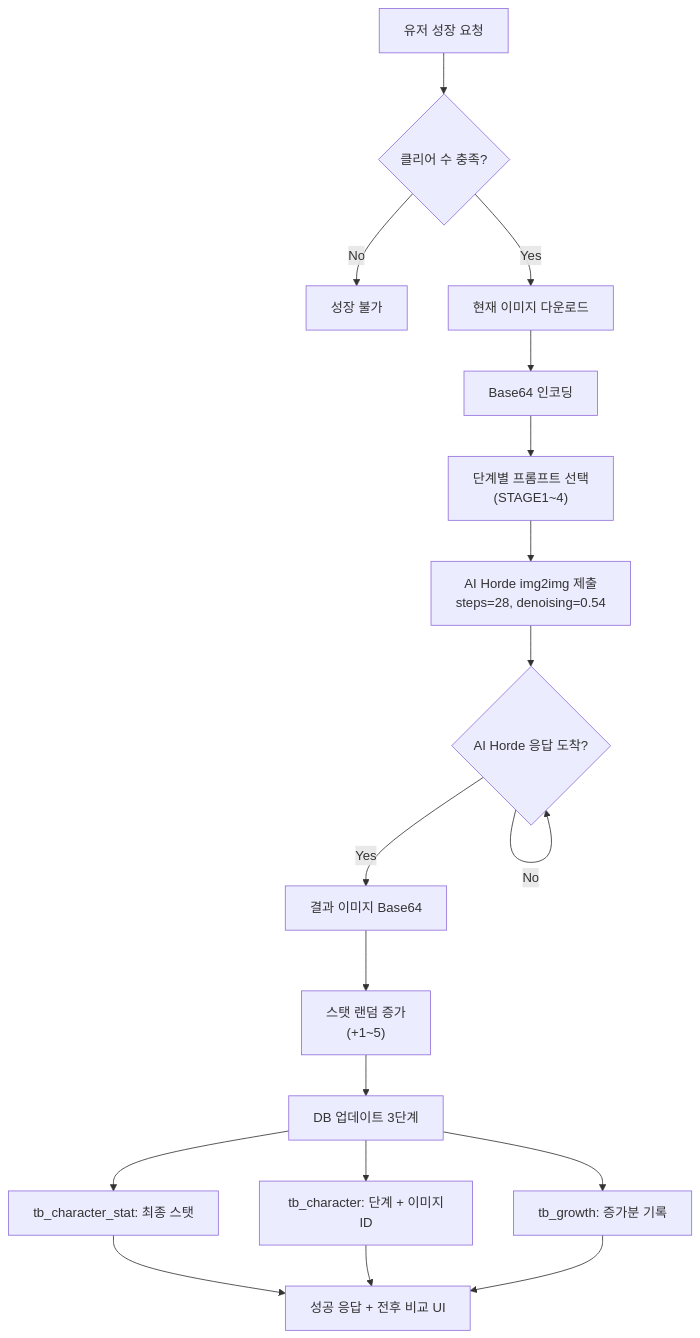
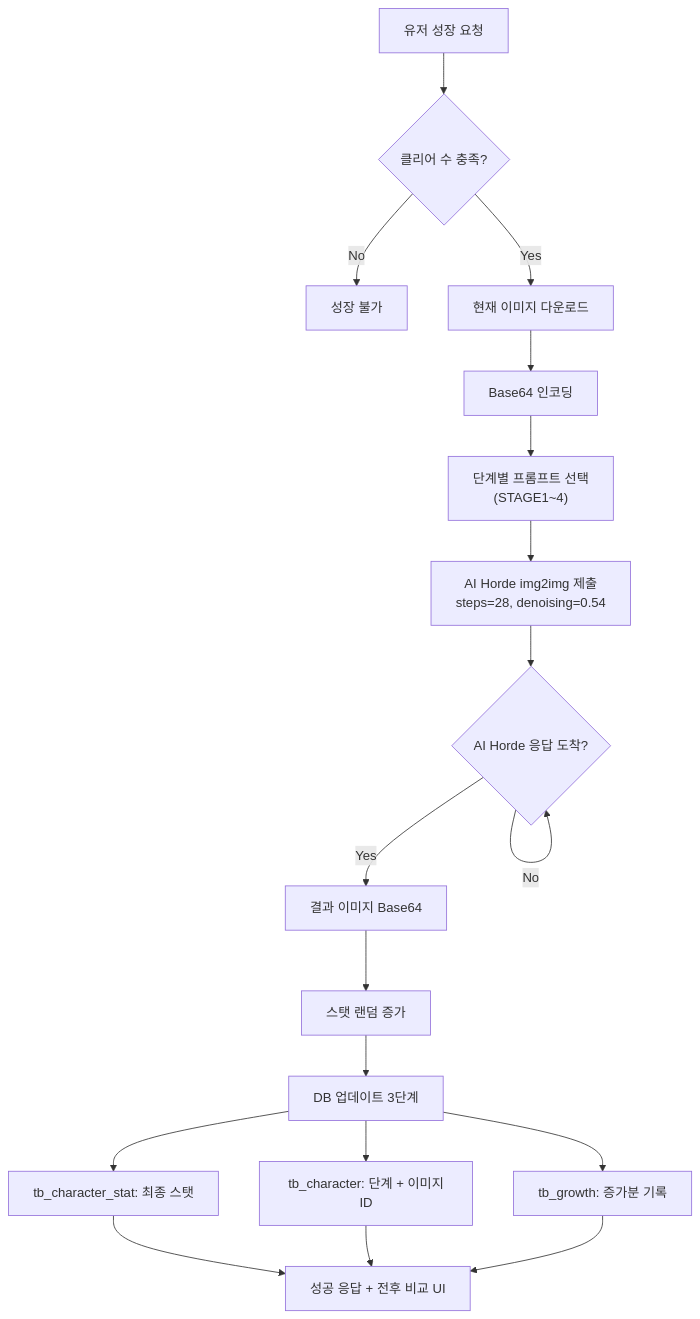
The second of 2 diagrams in README/ejm/README.md (zcx1119son/Gmaking-Team-Project), drawn with Mermaid before and after one commit.

Commit message:
Simplify text in README flowchart

````diff
--- a/README/ejm/README.md
+++ b/README/ejm/README.md
@@ -188,18 +188,18 @@
 ```mermaid
 flowchart TD
     A["유저 성장 요청"] --> B{"클리어 수 충족?"}
     B -->|No| Z["성장 불가"]
     B -->|Yes| C["현재 이미지 다운로드"]
     C --> D["Base64 인코딩"]
     D --> E["단계별 프롬프트 선택<br/>(STAGE1~4)"]
     E --> F["AI Horde img2img 제출<br/>steps=28, denoising=0.54"]
     F --> G{"AI Horde 응답 도착?"}
     G -->|No| G
     G -->|Yes| H["결과 이미지 Base64"]
-    H --> I["스탯 랜덤 증가<br/>(+1~5)"]
+    H --> I["스탯 랜덤 증가"]
     I --> J["DB 업데이트 3단계"]
     J --> K["tb_character_stat: 최종 스탯"]
     J --> L["tb_character: 단계 + 이미지ID"]
     J --> M["tb_growth: 증가분 기록"]
     K & L & M --> N["성공 응답 + 전후 비교 UI"]
 ```
````
